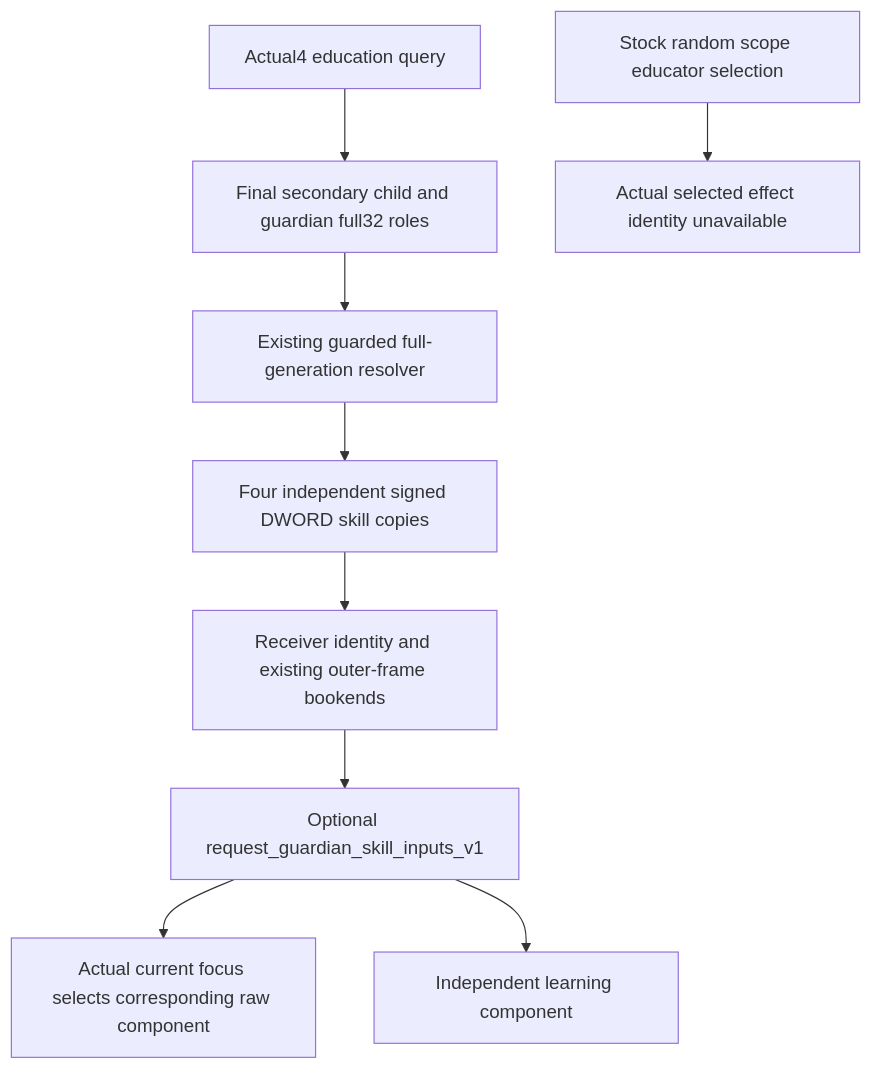
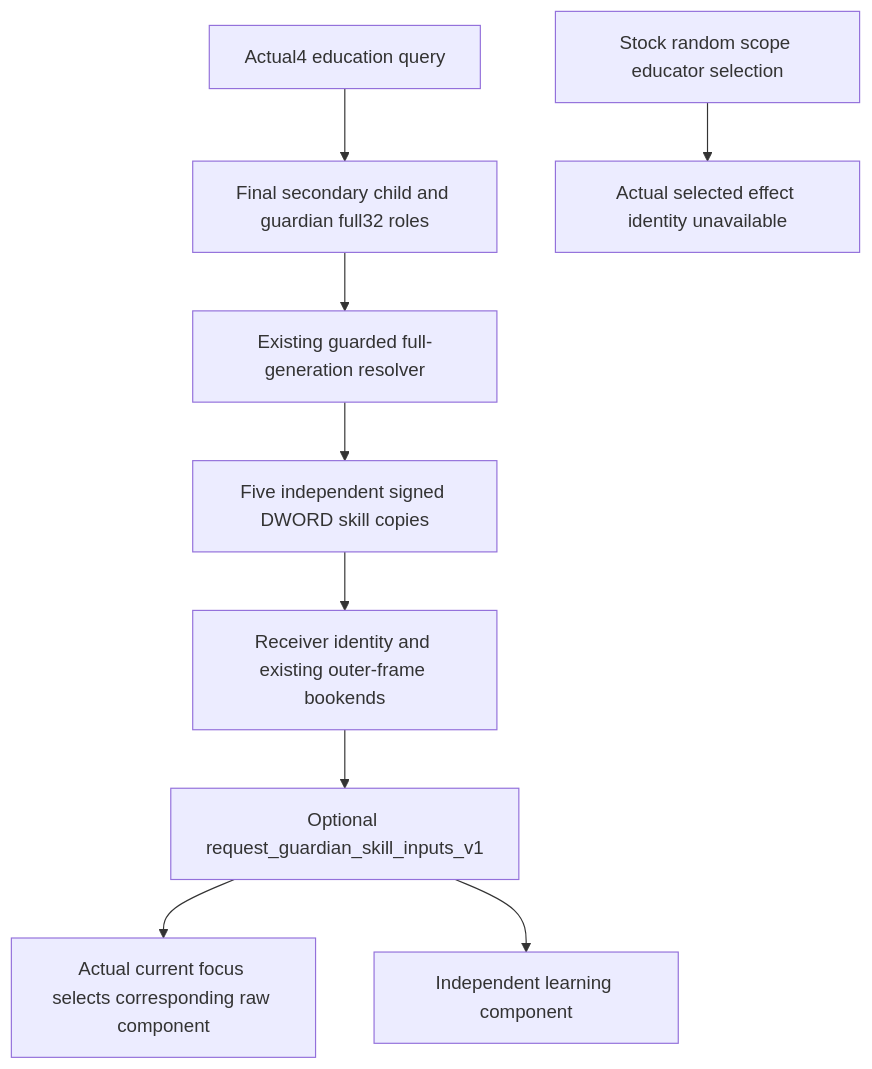
Before and after one commit to XenoAmess/ck3_eternal_recurrence: the diagram in docs/ck3-native-ai/selected-education-request-guardian-skills-12004.md, drawn with Mermaid. The commit also changed other lines of this file and 6 other files, not shown here.

````diff
--- a/docs/ck3-native-ai/selected-education-request-guardian-skills-12004.md
+++ b/docs/ck3-native-ai/selected-education-request-guardian-skills-12004.md
@@ -27,11 +29,11 @@
 ```mermaid
 flowchart TD
     A[Actual4 education query] --> B[Final secondary child and guardian full32 roles]
     B --> C[Existing guarded full-generation resolver]
-    C --> D[Four independent signed DWORD skill copies]
+    C --> D[Five independent signed DWORD skill copies]
     D --> E[Receiver identity and existing outer-frame bookends]
     E --> F[Optional request_guardian_skill_inputs_v1]
     F --> G[Actual current focus selects corresponding raw component]
     F --> H[Independent learning component]
     S[Stock random scope educator selection] --> U[Actual selected effect identity unavailable]
 ```
````
